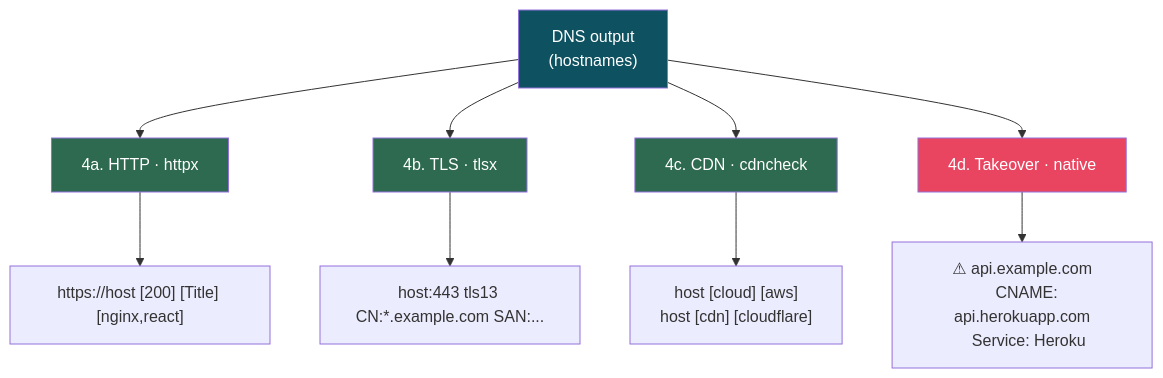
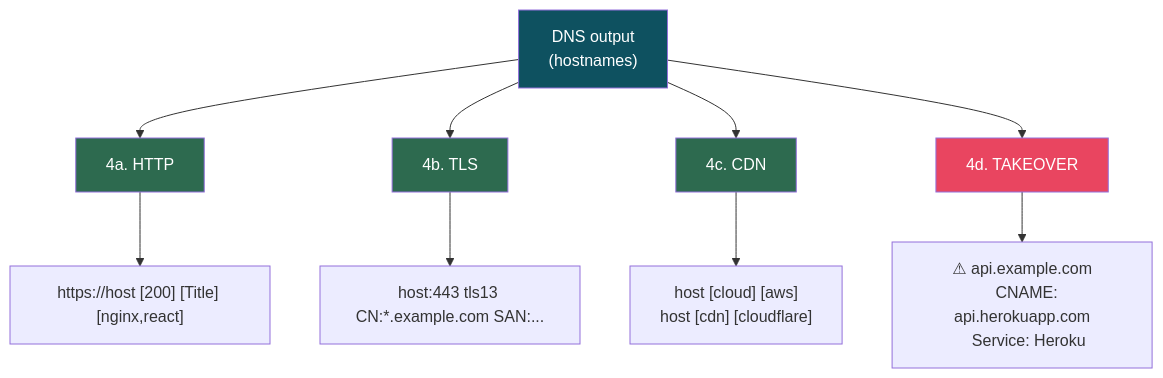
One commit to Linuxhackingid-official/Gorecon changed the tenth of 19 diagrams in README.md. Above: the diagram before and after it, drawn with Mermaid. The commit also changed other lines of this file, not shown here.

Commit message:
fix: Layout flowchart TD + subgraph direction LR

````diff
--- a/README.md
+++ b/README.md
@@ -417,18 +417,18 @@
 ```mermaid
 flowchart TD
     DNS["DNS output<br/>(hostnames)"] --> HTTP
     DNS --> TLS
     DNS --> CDN
     DNS --> TAKEOVER
 
-    HTTP["4a. HTTP · httpx"] --> HO["https://host [200] [Title] [nginx,react]"]
-    TLS["4b. TLS · tlsx"] --> TO["host:443 tls13 CN:*.example.com SAN:..."]
-    CDN["4c. CDN · cdncheck"] --> CO["host [cloud] [aws]<br/>host [cdn] [cloudflare]"]
-    TAKEOVER["4d. Takeover · native"] --> TKO["⚠ api.example.com<br/>   CNAME: api.herokuapp.com<br/>   Service: Heroku"]
+    HTTP["4a. HTTP"] --> HO["https://host [200] [Title] [nginx,react]"]
+    TLS["4b. TLS"] --> TO["host:443 tls13 CN:*.example.com SAN:..."]
+    CDN["4c. CDN"] --> CO["host [cloud] [aws]<br/>host [cdn] [cloudflare]"]
+    TAKEOVER["4d. TAKEOVER"] --> TKO["⚠ api.example.com<br/>   CNAME: api.herokuapp.com<br/>   Service: Heroku"]
 
     style DNS fill:#0e5160,color:#fff
     style HTTP fill:#2d6a4f,color:#fff
     style TLS fill:#2d6a4f,color:#fff
     style CDN fill:#2d6a4f,color:#fff
     style TAKEOVER fill:#e94560,color:#fff
 ```
````
